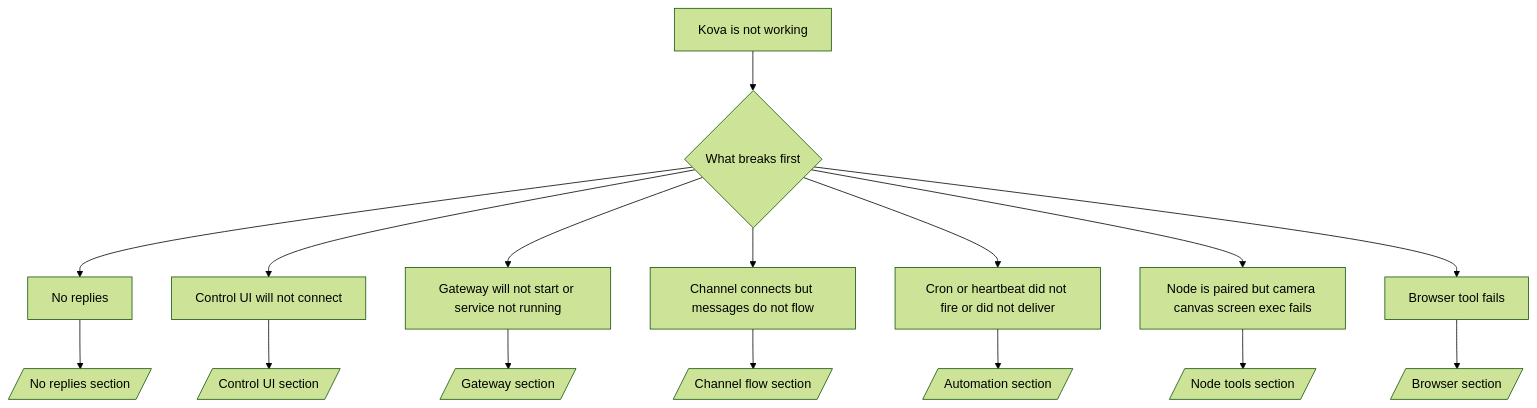
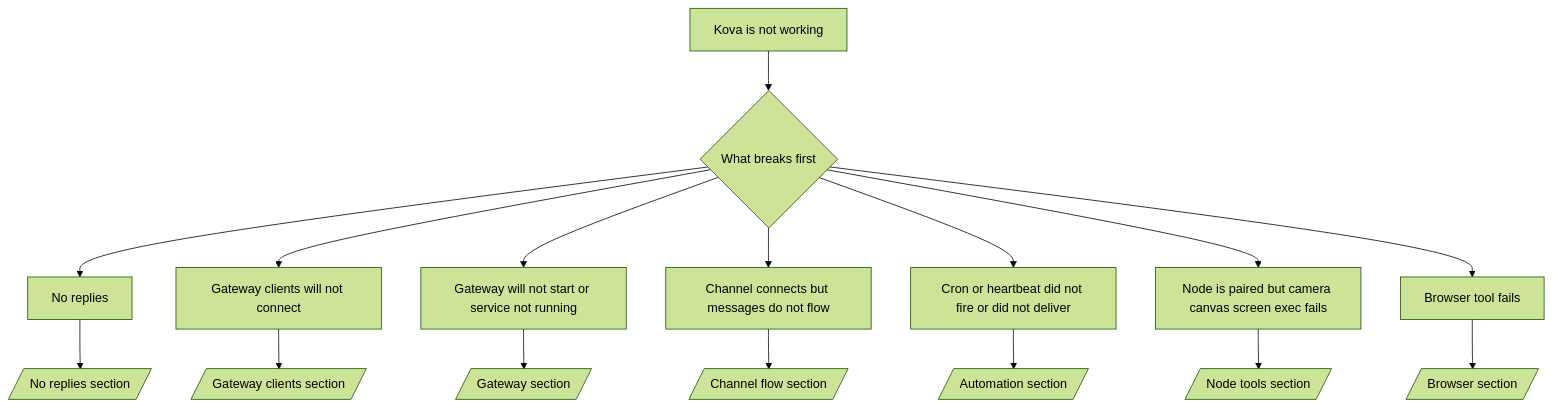
The diagram in docs/help/troubleshooting.md (chiragborse1/KovaLab), drawn with Mermaid (forest theme) before and after one commit. The commit also changed other lines of this file and 477 other files, not shown here.

````diff
--- a/docs/help/troubleshooting.md
+++ b/docs/help/troubleshooting.md
@@ -85,19 +85,19 @@
 ```mermaid
 flowchart TD
   A[Kova is not working] --> B{What breaks first}
   B --> C[No replies]
-  B --> D[Control UI will not connect]
+  B --> D[Gateway clients will not connect]
   B --> E[Gateway will not start or service not running]
   B --> F[Channel connects but messages do not flow]
   B --> G[Cron or heartbeat did not fire or did not deliver]
   B --> H[Node is paired but camera canvas screen exec fails]
   B --> I[Browser tool fails]
 
   C --> C1[/No replies section/]
-  D --> D1[/Control UI section/]
+  D --> D1[/Gateway clients section/]
   E --> E1[/Gateway section/]
   F --> F1[/Channel flow section/]
   G --> G1[/Automation section/]
   H --> H1[/Node tools section/]
   I --> I1[/Browser section/]
 ```
````
